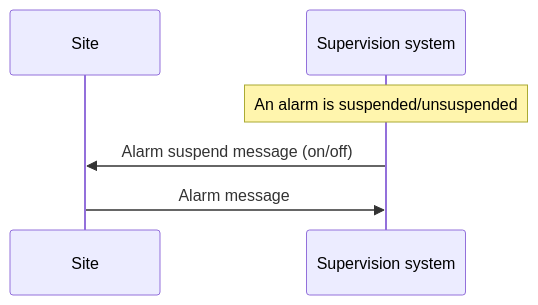
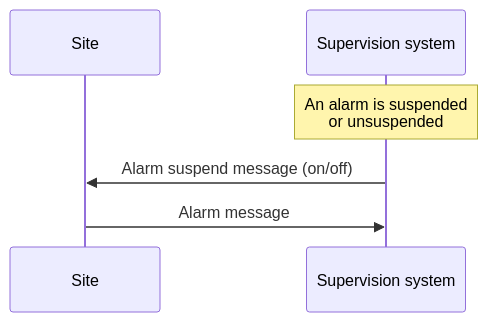
The sixth of 16 diagrams in source/applicability/basic_structure.rst (rsmp-nordic/rsmp_core), drawn with Mermaid before and after one commit. The commit also changed other lines of this file, not shown here.

Commit message:
Minor formatting fixes for mermaid diagrams

```diff
--- a/source/applicability/basic_structure.rst
+++ b/source/applicability/basic_structure.rst
@@ -669,8 +669,8 @@
 .. mermaid::
 
    sequenceDiagram
      participant Site
      participant Supervision system
-     Note over Supervision system: An alarm is suspended/unsuspended
+     Note over Supervision system: An alarm is suspended<br/>or unsuspended
      Supervision system->>Site: Alarm suspend message (on/off)
      Site->>Supervision system: Alarm message
```
